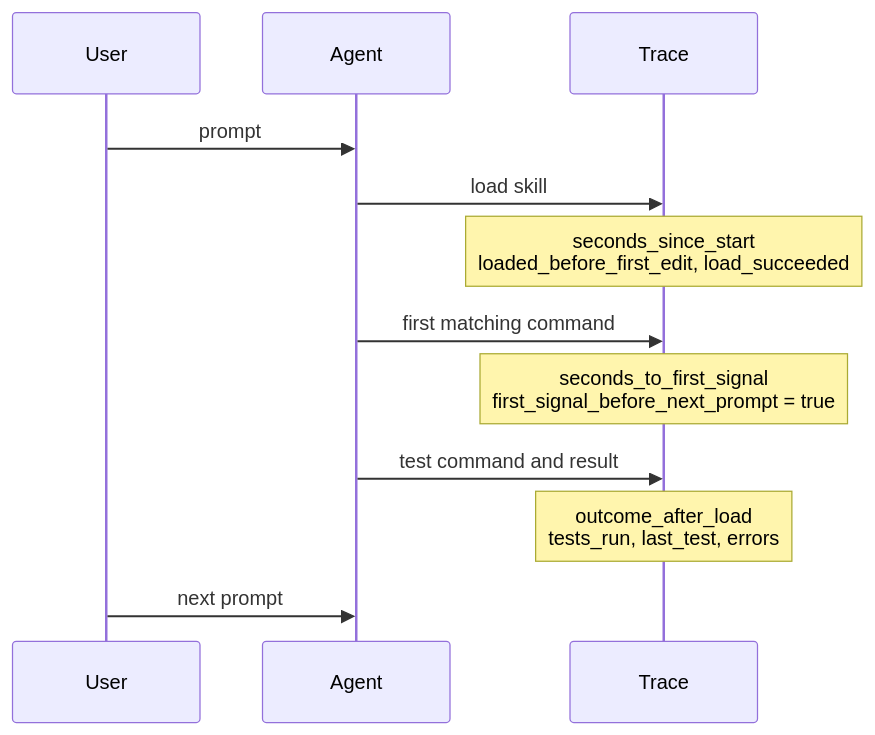
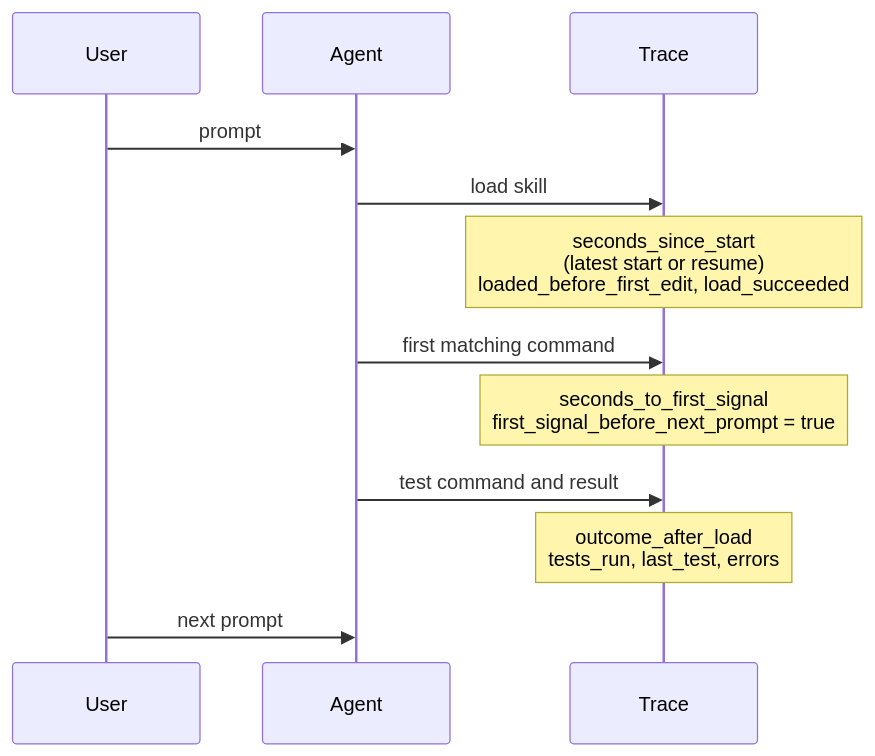
One commit to Siddhant-K-code/agent-trace changed the sixth of 7 diagrams in docs/skills.md. Above: the diagram before and after it, drawn with Mermaid. The commit also changed other lines of this file and 4 other files, not shown here.

````diff
--- a/docs/skills.md
+++ b/docs/skills.md
@@ -361,14 +361,14 @@
 ```mermaid
 sequenceDiagram
     participant U as User
     participant A as Agent
     participant T as Trace
     U->>A: prompt
     A->>T: load skill
-    Note over T: seconds_since_start<br/>loaded_before_first_edit, load_succeeded
+    Note over T: seconds_since_start<br/>(latest start or resume)<br/>loaded_before_first_edit, load_succeeded
     A->>T: first matching command
     Note over T: seconds_to_first_signal<br/>first_signal_before_next_prompt = true
     A->>T: test command and result
     Note over T: outcome_after_load<br/>tests_run, last_test, errors
     U->>A: next prompt
 ```
````
